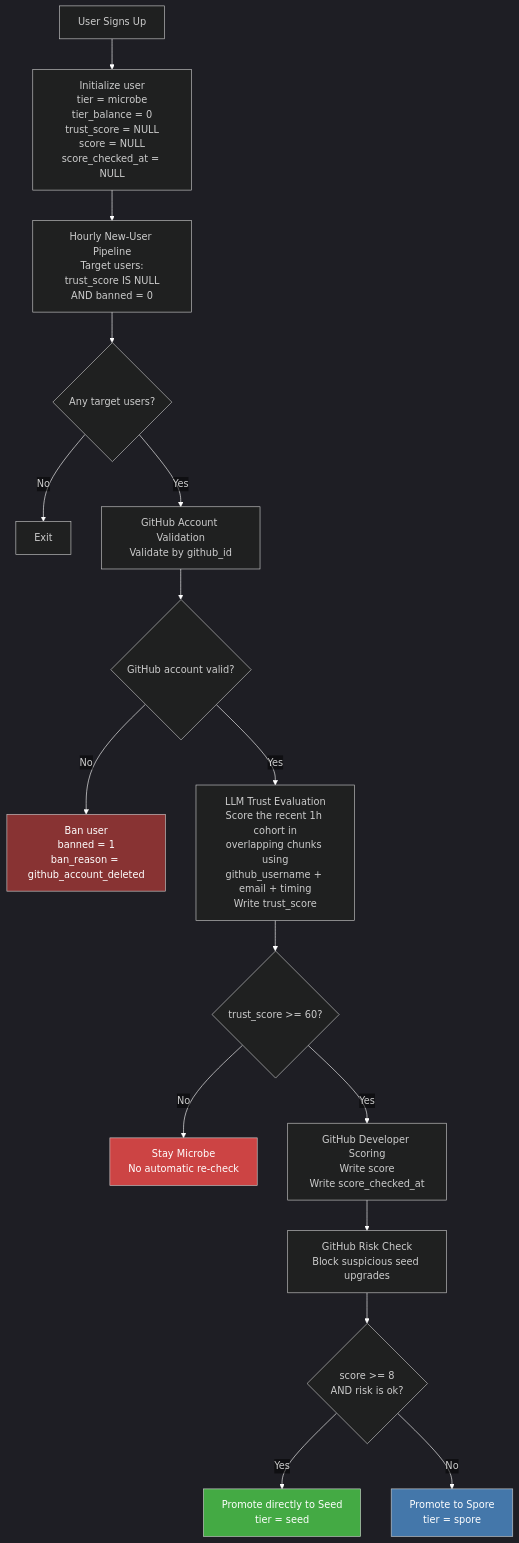
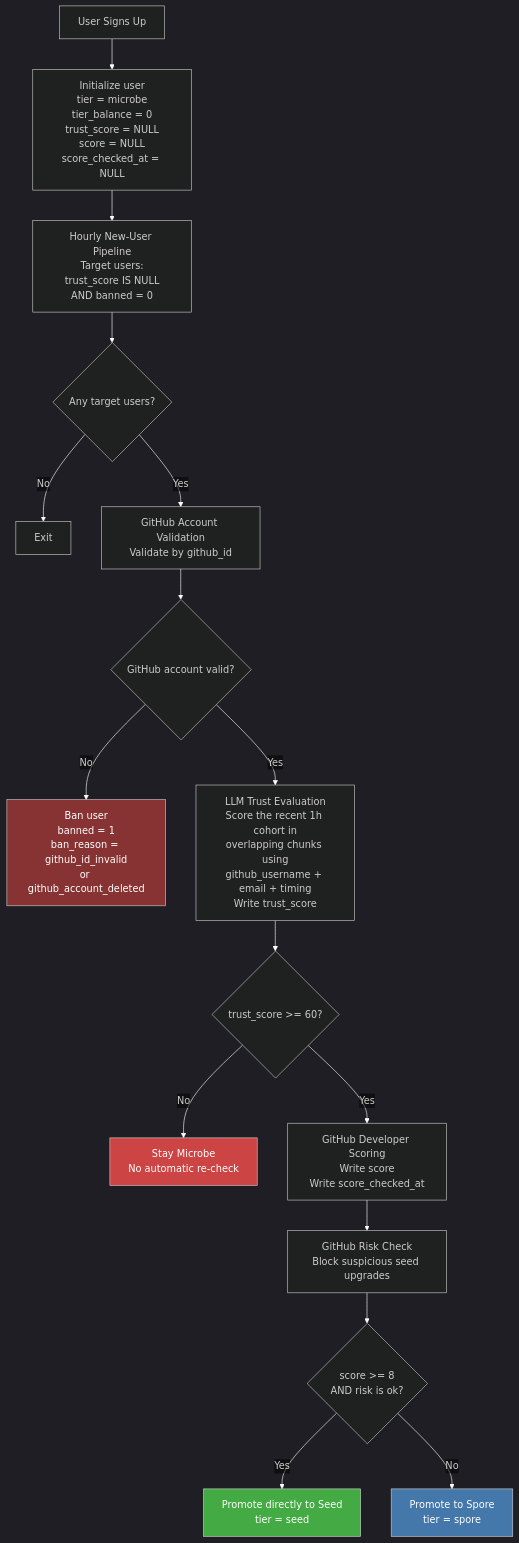
Before and after one commit to pollinations/pollinations: the first of 2 diagrams in enter.pollinations.ai/scripts/user-pipeline/README.md, drawn with Mermaid. The commit also changed other lines of this file and 7 other files, not shown here.

````diff
--- a/enter.pollinations.ai/scripts/user-pipeline/README.md
+++ b/enter.pollinations.ai/scripts/user-pipeline/README.md
@@ -70,52 +71,53 @@
 ```mermaid
 %%{init: {'theme': 'dark', 'themeVariables': {'lineColor': '#ffffff', 'edgeLabelBackground': 'transparent'}}}%%
 flowchart TD
     A["User Signs Up"] --> B["Initialize user
 tier = microbe
 tier_balance = 0
 trust_score = NULL
 score = NULL
 score_checked_at = NULL"]
 
     B --> C["Hourly New-User Pipeline
 Target users:
 trust_score IS NULL
 AND banned = 0"]
 
     C --> D{"Any target users?"}
     D -->|No| E["Exit"]
     D -->|Yes| G["GitHub Account Validation
 Validate by github_id"]
 
     G --> H{"GitHub account valid?"}
     H -->|No| I["Ban user
 banned = 1
-ban_reason = github_account_deleted"]
+ban_reason = github_id_invalid
+or github_account_deleted"]
     H -->|Yes| J["LLM Trust Evaluation
 Score the recent 1h cohort in
 overlapping chunks using
 github_username + email + timing
 Write trust_score"]
 
     J --> K{"trust_score >= 60?"}
     K -->|No| L["Stay Microbe
 No automatic re-check"]
     K -->|Yes| M["GitHub Developer Scoring
 Write score
 Write score_checked_at"]
 
     M --> N["GitHub Risk Check
 Block suspicious seed upgrades"]
 
     N --> O{"score >= 8
 AND risk is ok?"}
     O -->|Yes| P["Promote directly to Seed
 tier = seed"]
     O -->|No| Q["Promote to Spore
 tier = spore"]
 
     style I fill:#833,color:#fff
     style L fill:#c44,color:#fff
     style Q fill:#47a,color:#fff
     style P fill:#4a4,color:#fff
 ```
````
